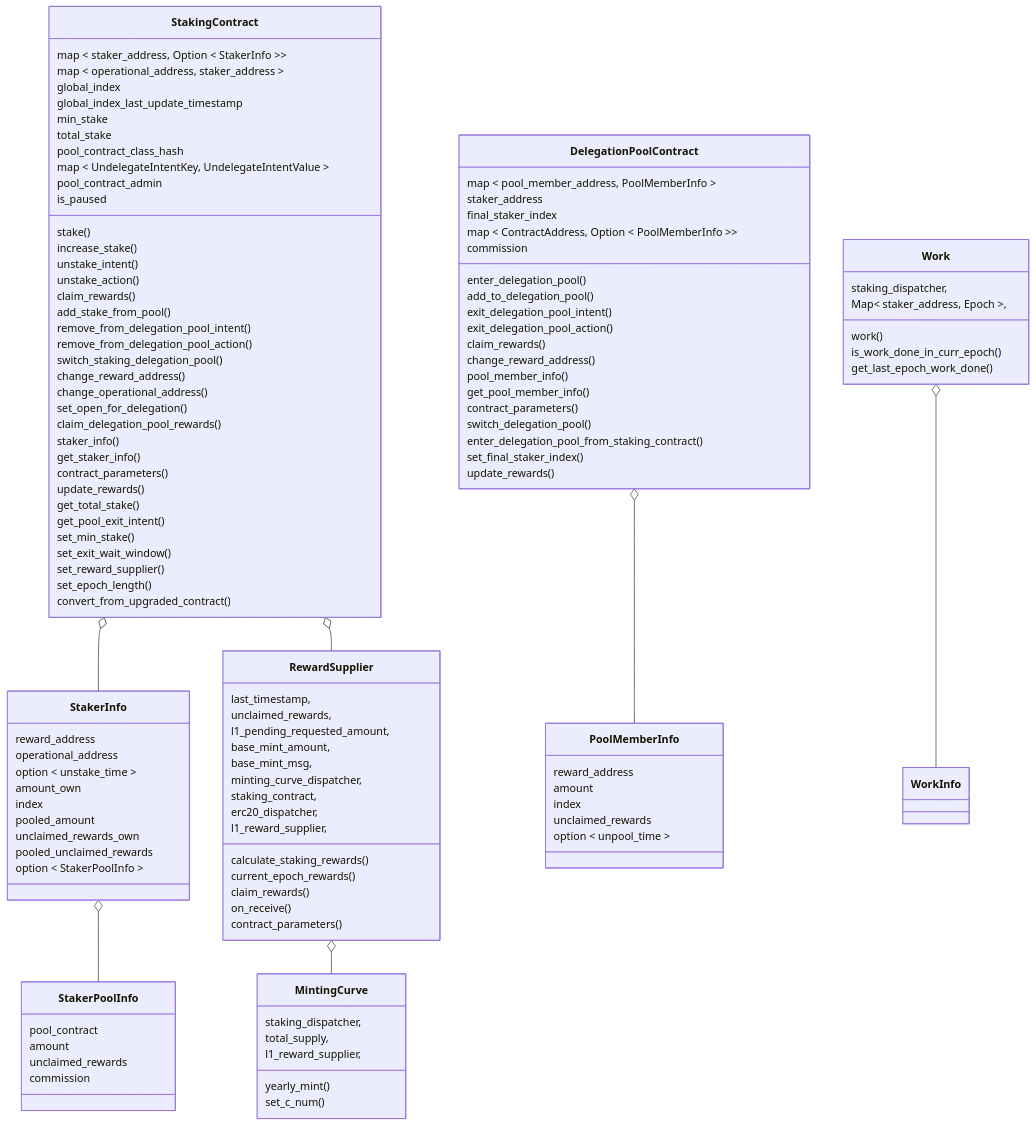
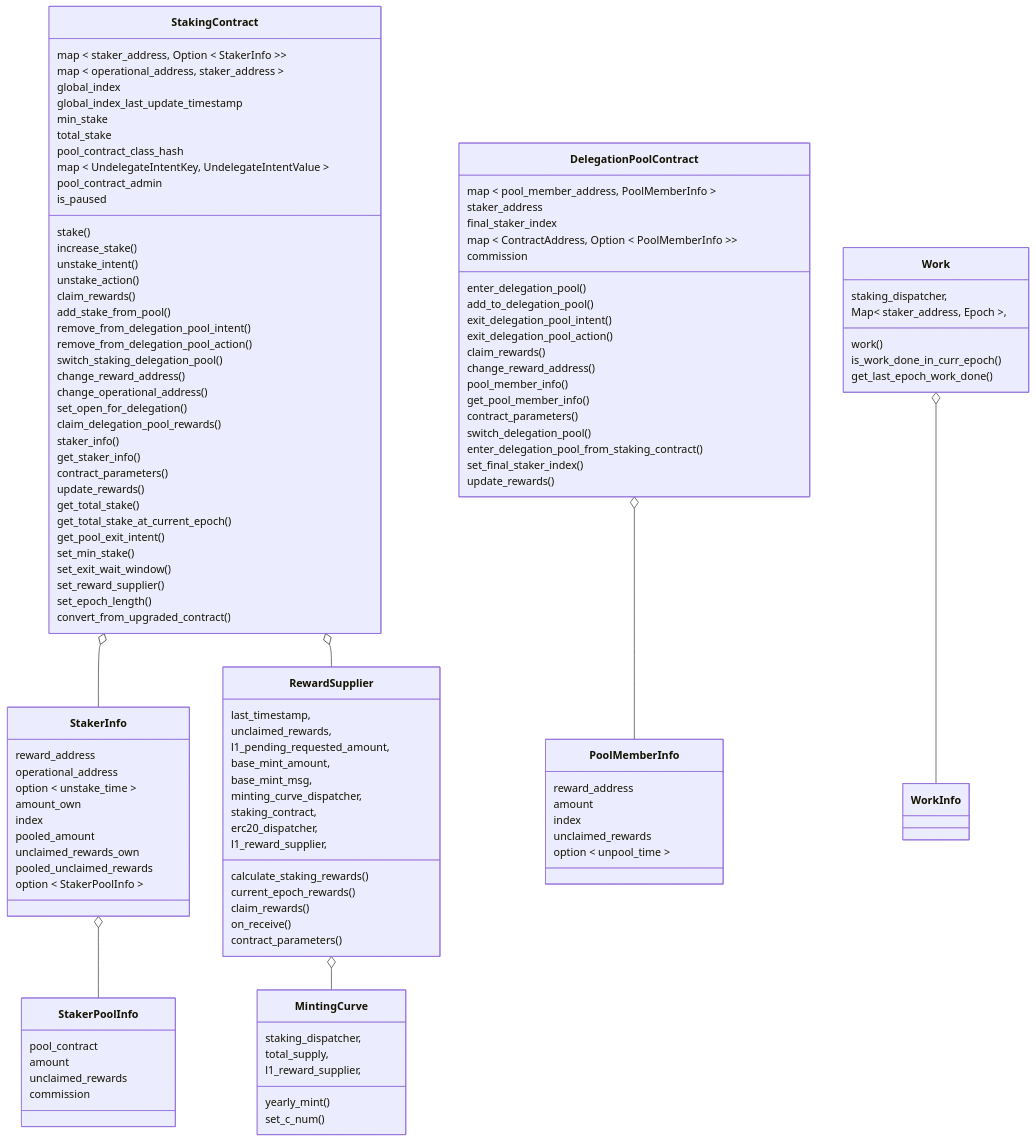
Before and after one commit to starkware-libs/starknet-staking: the first of 8 diagrams in workspace/apps/staking/docs/spec.md, drawn with Mermaid. The commit also changed other lines of this file and 5 other files, not shown here.

Commit message:
feat(staking): deprecate total_stake (#3003)

```diff
--- a/workspace/apps/staking/docs/spec.md
+++ b/workspace/apps/staking/docs/spec.md
@@ -214,6 +215,7 @@
     contract_parameters()
     update_rewards()
     get_total_stake()
+    get_total_stake_at_current_epoch()
     get_pool_exit_intent()
     set_min_stake()
     set_exit_wait_window()
```
